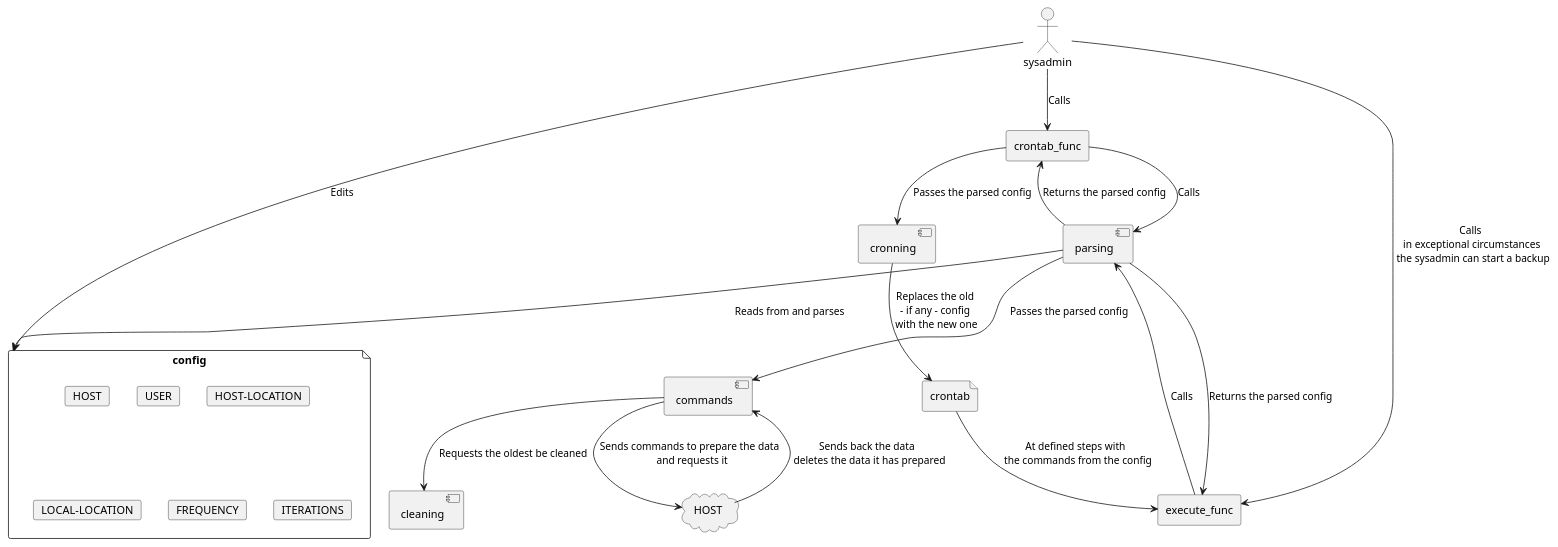
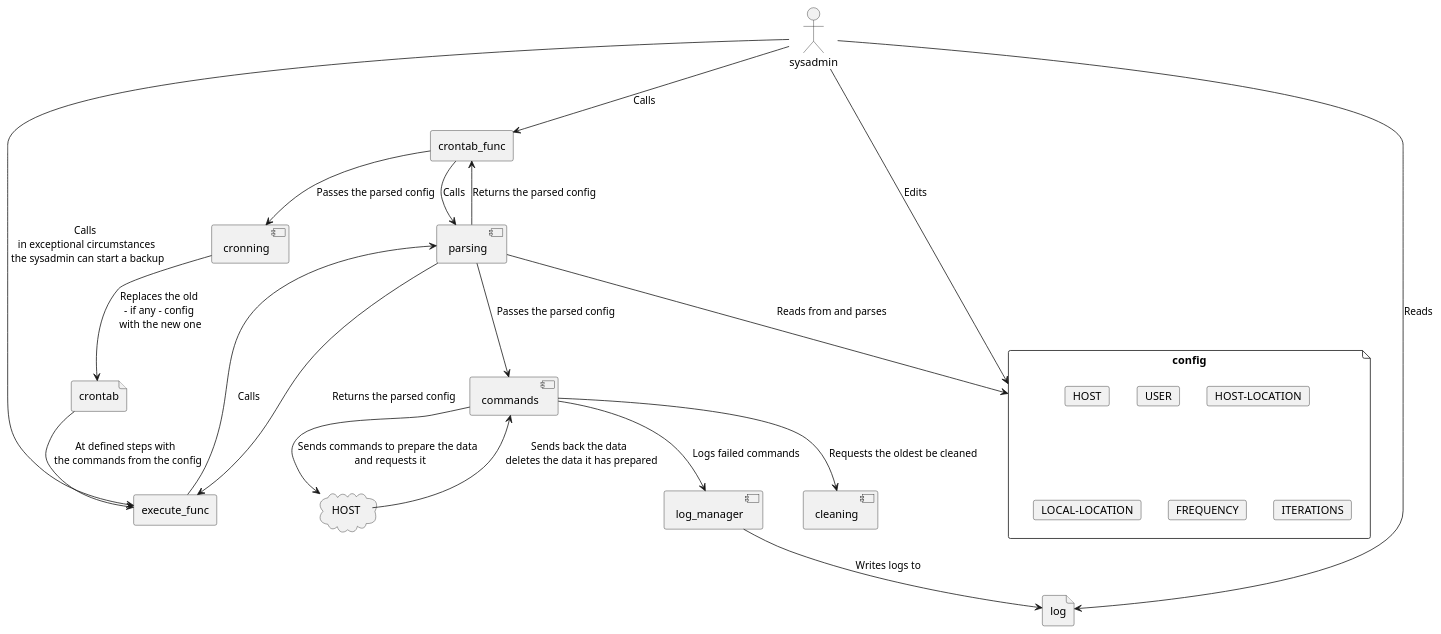
One commit to NCAS-CMS/backup-utils changed the diagram in diagrams/sequence-diagram.iuml. Above: the diagram before and after it, drawn with PlantUML.

Commit message:
Updated sequence diagram to reflect logging

```diff
--- a/diagrams/sequence-diagram.iuml
+++ b/diagrams/sequence-diagram.iuml
@@ -1,35 +1,40 @@
 @startuml sequence diagram
 file config as "config" {
     card h as "HOST"
     card "USER"
     card "HOST-LOCATION"
     card "LOCAL-LOCATION"
     card "FREQUENCY"
     card "ITERATIONS"
 }
 actor sysadmin
 file crontab 
+file log
 agent crontab_func
 agent execute_func
 component parsing
+component log_manager
 component cleaning
 component cronning
 component commands
 cloud "HOST"
 
 sysadmin --> config : "Edits"
 sysadmin --> crontab_func : "Calls"
+sysadmin --> log : "Reads"
 crontab_func --> parsing : "Calls"
 parsing --> config : "Reads from and parses"
 parsing --> crontab_func : "Returns the parsed config"
 crontab_func --> cronning : "Passes the parsed config"
 cronning --> crontab : "Replaces the old \n- if any - config \nwith the new one"
 crontab --> execute_func : "At defined steps with \n the commands from the config"
 sysadmin --> execute_func : "Calls \n in exceptional circumstances \n the sysadmin can start a backup"
 execute_func --> parsing : "Calls"
 parsing --> execute_func : "Returns the parsed config"
 parsing --> commands : "Passes the parsed config"
 commands --> HOST : "Sends commands to prepare the data \n and requests it"
 HOST --> commands : "Sends back the data \n deletes the data it has prepared"
+commands --> log_manager : "Logs failed commands"
+log_manager --> log : "Writes logs to"
 commands --> cleaning : "Requests the oldest be cleaned"
 @enduml
```
